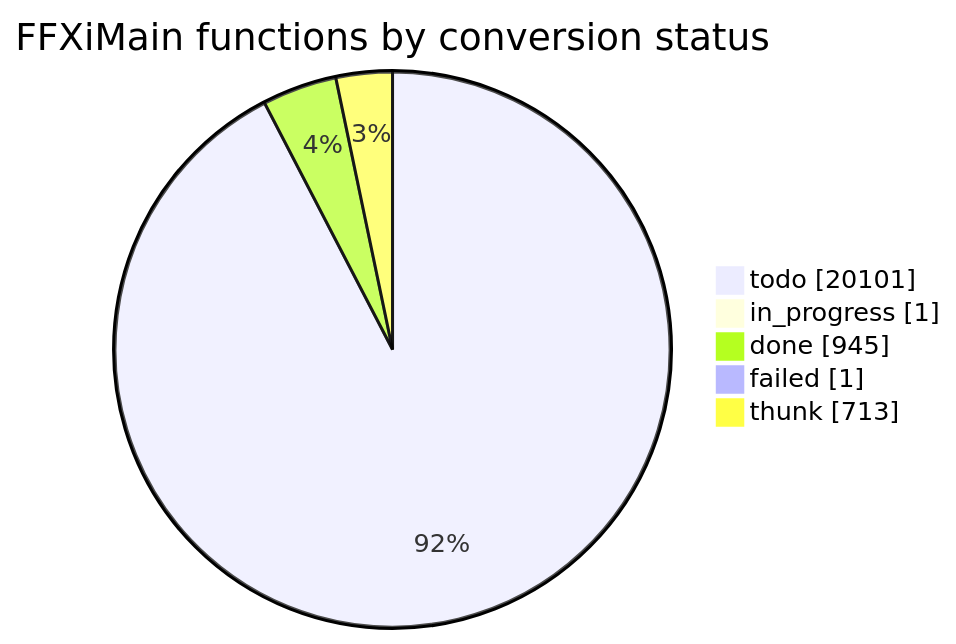
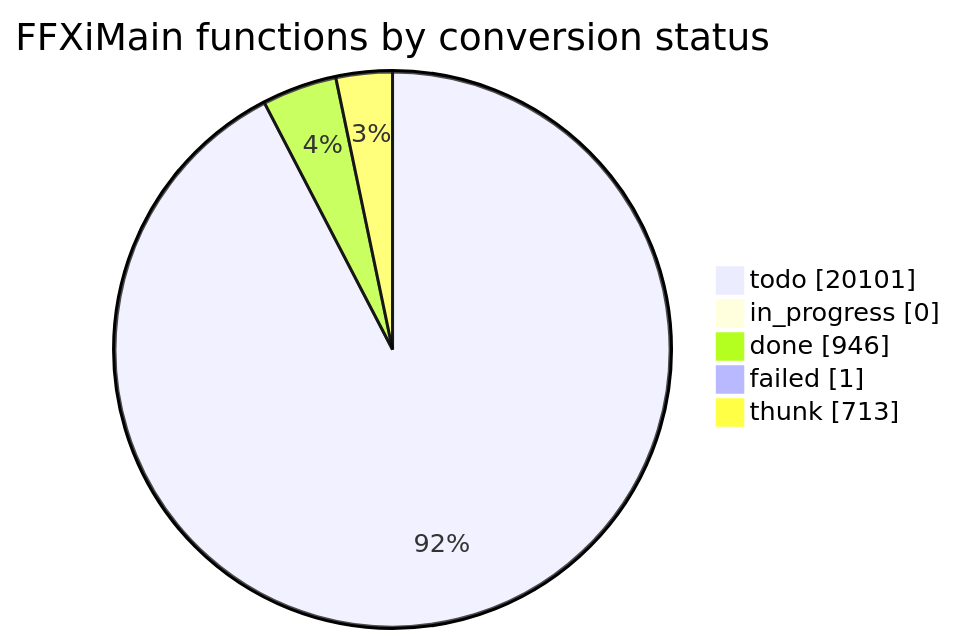
Before and after one commit to cowrevenge/cow_kuluu_xi_anything: the diagram in docs/cow/STATUS.md, drawn with Mermaid. The commit also changed other lines of this file and 9 other files, not shown here.

````diff
--- a/docs/cow/STATUS.md
+++ b/docs/cow/STATUS.md
@@ -18,9 +18,9 @@
 ```mermaid
 pie showData
     title FFXiMain functions by conversion status
     "todo" : 20101
-    "in_progress" : 1
-    "done" : 945
+    "in_progress" : 0
+    "done" : 946
     "failed" : 1
     "thunk" : 713
 ```
````
